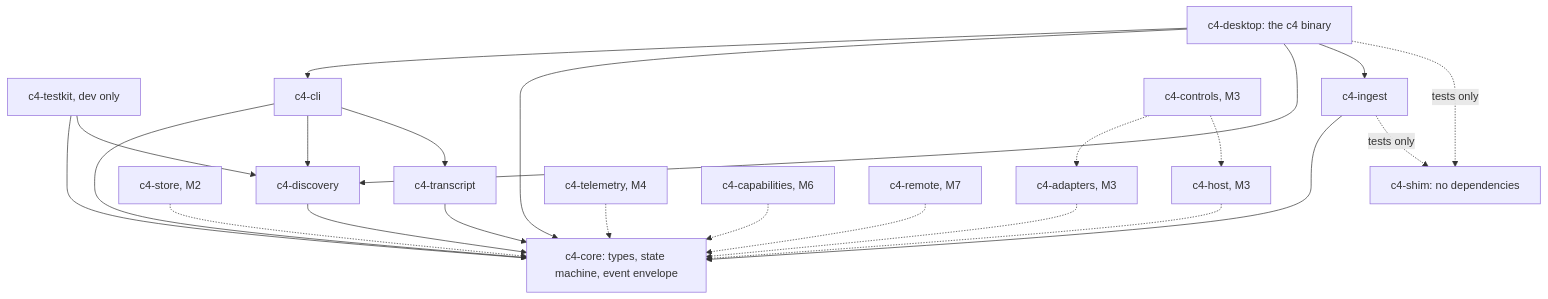
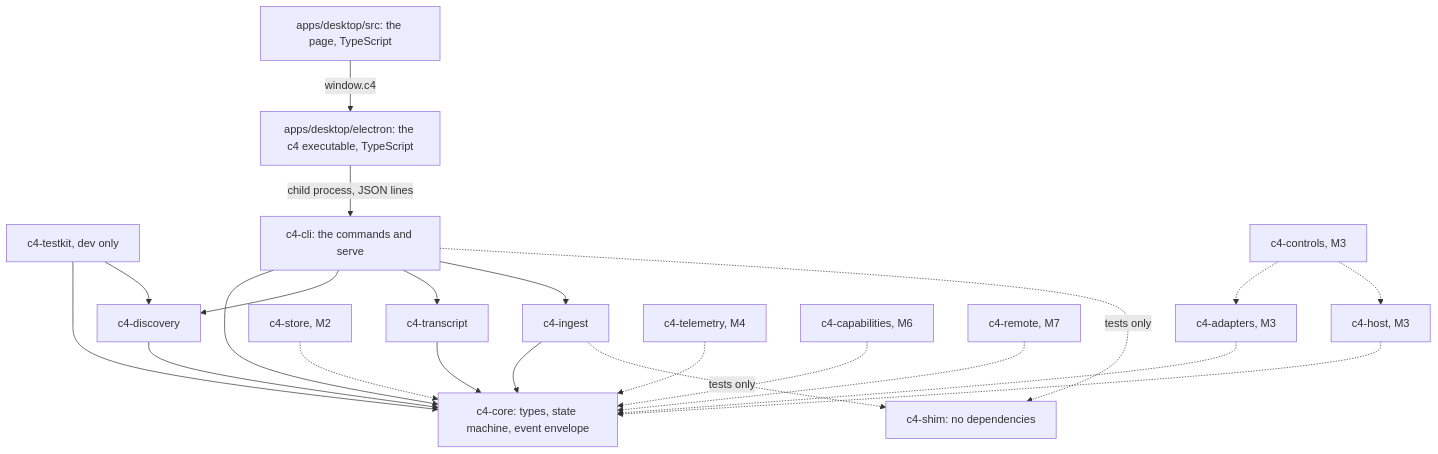
The first of 4 diagrams in docs/ARCHITECTURE.md (watchthelight/C4), drawn with Mermaid before and after one commit. The commit also changed other lines of this file and 6 other files, not shown here.

First line of the commit message:
docs: the architecture and the plan say electron

````diff
--- a/docs/ARCHITECTURE.md
+++ b/docs/ARCHITECTURE.md
@@ -30,27 +34,26 @@
 ```mermaid
 graph TD
     core[c4-core: types, state machine, event envelope]
     discovery[c4-discovery] --> core
     transcript[c4-transcript] --> core
     testkit[c4-testkit, dev only] --> core
     testkit --> discovery
-    cli[c4-cli] --> core
+    cli[c4-cli: the commands and serve] --> core
     cli --> discovery
     cli --> transcript
-    desktop[c4-desktop: the c4 binary] --> cli
-    desktop --> core
-    desktop --> discovery
     ingest[c4-ingest] --> core
-    desktop --> ingest
+    cli --> ingest
+    shell[apps/desktop/electron: the c4 executable, TypeScript] -- child process, JSON lines --> cli
+    page[apps/desktop/src: the page, TypeScript] -- window.c4 --> shell
     store[c4-store, M2] -.-> core
     shim[c4-shim: no dependencies]
     ingest -. tests only .-> shim
-    desktop -. tests only .-> shim
+    cli -. tests only .-> shim
     adapters[c4-adapters, M3] -.-> core
     host[c4-host, M3] -.-> core
     controls[c4-controls, M3] -.-> adapters
     controls -.-> host
     telemetry[c4-telemetry, M4] -.-> core
     capabilities[c4-capabilities, M6] -.-> core
     remote[c4-remote, M7] -.-> core
 ```
````
